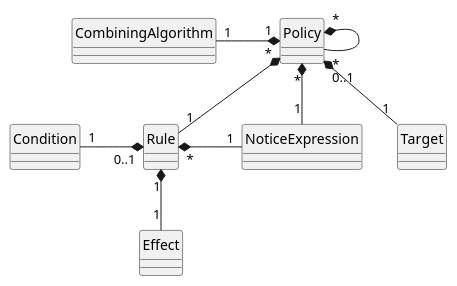
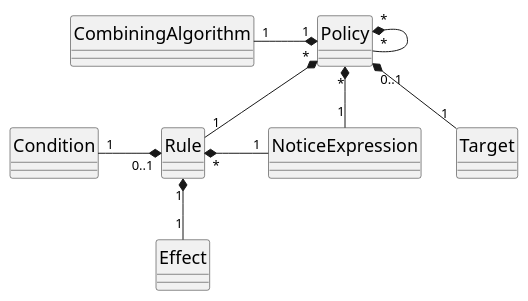
The third of 3 diagrams in xacml-v4.0-csd01.md (oasis-tcs/xacml-spec), drawn with PlantUML before and after one commit. The commit also changed other lines of this file and 1 other file, not shown here.

Commit message:
- Added missing --embed-resources option to the pandoc command to embed the SVG images generated from Graphviz/PlantUML - Added an alternative command using Docker to facilitate pandoc generation without installing pandoc, graphviz, plantuml

````diff
--- a/xacml-v4.0-csd01.md
+++ b/xacml-v4.0-csd01.md
@@ -788,30 +791,31 @@
-```plantuml {width=60% }
+```plantuml
 @startuml
 skinparam monochrome true
-skinparam classFontSize 14
+skinparam classFontName Arial
+skinparam classFontSize 18
 hide circle
 'skinparam linetype ortho
 
 ' Policy "0..1" *-- "1" Description
 ' Policy "0..1" *-- "1" PolicyIssuer
 ' Policy "0..1" *-- "1" PolicyDefaults
 ' Policy "*" *-- "1" Parameter
 
 Policy "*" *-- "*" Policy
 Policy "1" *-left- "1" CombiningAlgorithm: \t
 Policy "0..1" *-- "1" Target
 Policy "*" *-- "1" Rule
 ' Policy "*" *-- "1" CombinerParameter
 ' Policy "*" *-- "1" VariableDefinition
 Policy "*" *-- "1" NoticeExpression
 ' Policy "1" *-- "1" PolicyId
 ' Policy "1" *-- "1" Version
 ' Policy "1" *-- "1" MaxDelegationDepth
 
 ' Rule "0..1" *-- "1" Description
 Rule "0..1" *-left- "1" Condition: \t
 Rule "*" *-right- "1" NoticeExpression: \t
 ' Rule "1"*--"1" RuleId 
 Rule "1" *-- "1" Effect 
 @enduml
 ```
````
